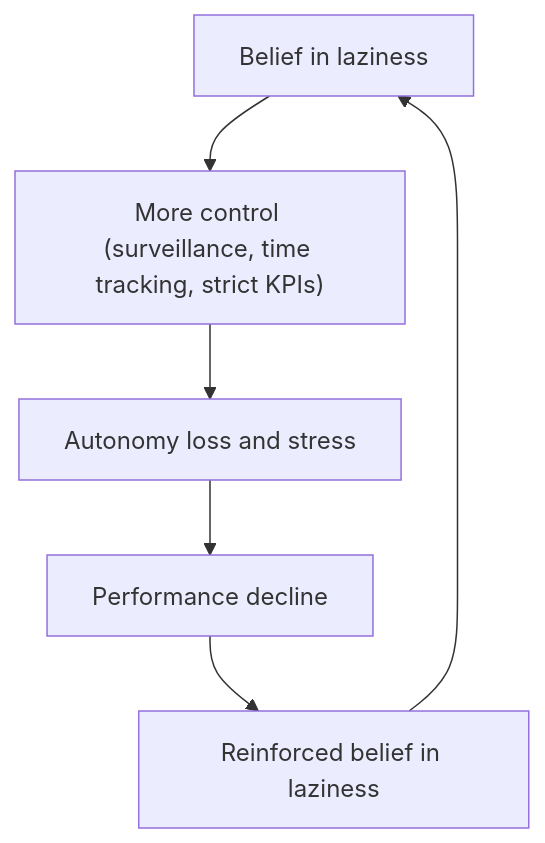
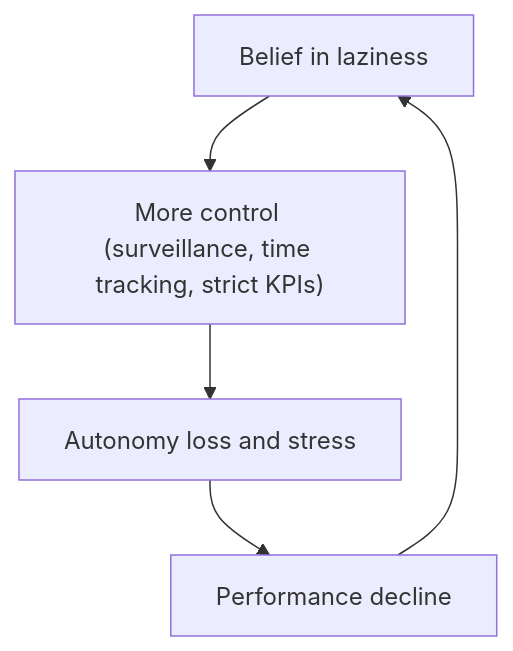
The diagram in research/laziness.md (BeyondQuality/beyondquality), drawn with Mermaid before and after one commit.

Commit message:
Shorten diagram

````diff
--- a/research/laziness.md
+++ b/research/laziness.md
@@ -37,8 +37,7 @@
 ```mermaid
 flowchart TB
   A["Belief in laziness"] --> B["More control (surveillance, time tracking, strict KPIs)"]
   B --> C["Autonomy loss and stress"]
   C --> D["Performance decline"]
-  D --> E["Reinforced belief in laziness"]
-  E --> A
+  D --> A
 ```
````
